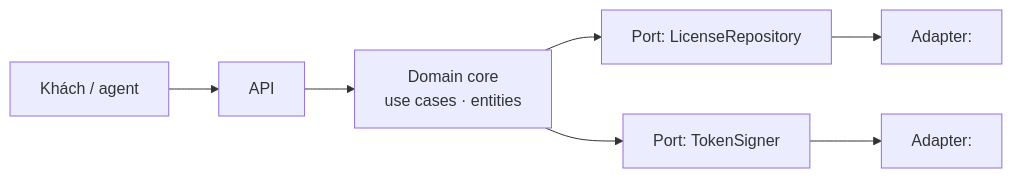
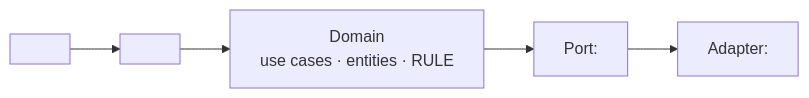
Before and after one commit to quangman2211/sdd-solo: the diagram in plugins/sdd-solo/templates/project/specs/internal/architecture.md, drawn with Mermaid. The commit also changed other lines of this file and 43 other files, not shown here.

````diff
--- a/plugins/sdd-solo/templates/project/specs/internal/architecture.md
+++ b/plugins/sdd-solo/templates/project/specs/internal/architecture.md
@@ -5,7 +33,6 @@
 ```mermaid
 flowchart LR
-  K["Khách / agent"] --> API["<project> API"]
-  API --> D["Domain core<br/>use cases · entities"]
-  D --> P1["Port: LicenseRepository"] --> A1["Adapter: <DB>"]
-  D --> P2["Port: TokenSigner"] --> A2["Adapter: <ký token — ADR-002>"]
+  K["<ai gọi>"] --> A["<lối vào: CLI · API · MCP>"]
+  A --> D["Domain<br/>use cases · entities · RULE"]
+  D --> P1["Port: <tên>"] --> X1["Adapter: <thứ thật bên ngoài>"]
 ```
````
